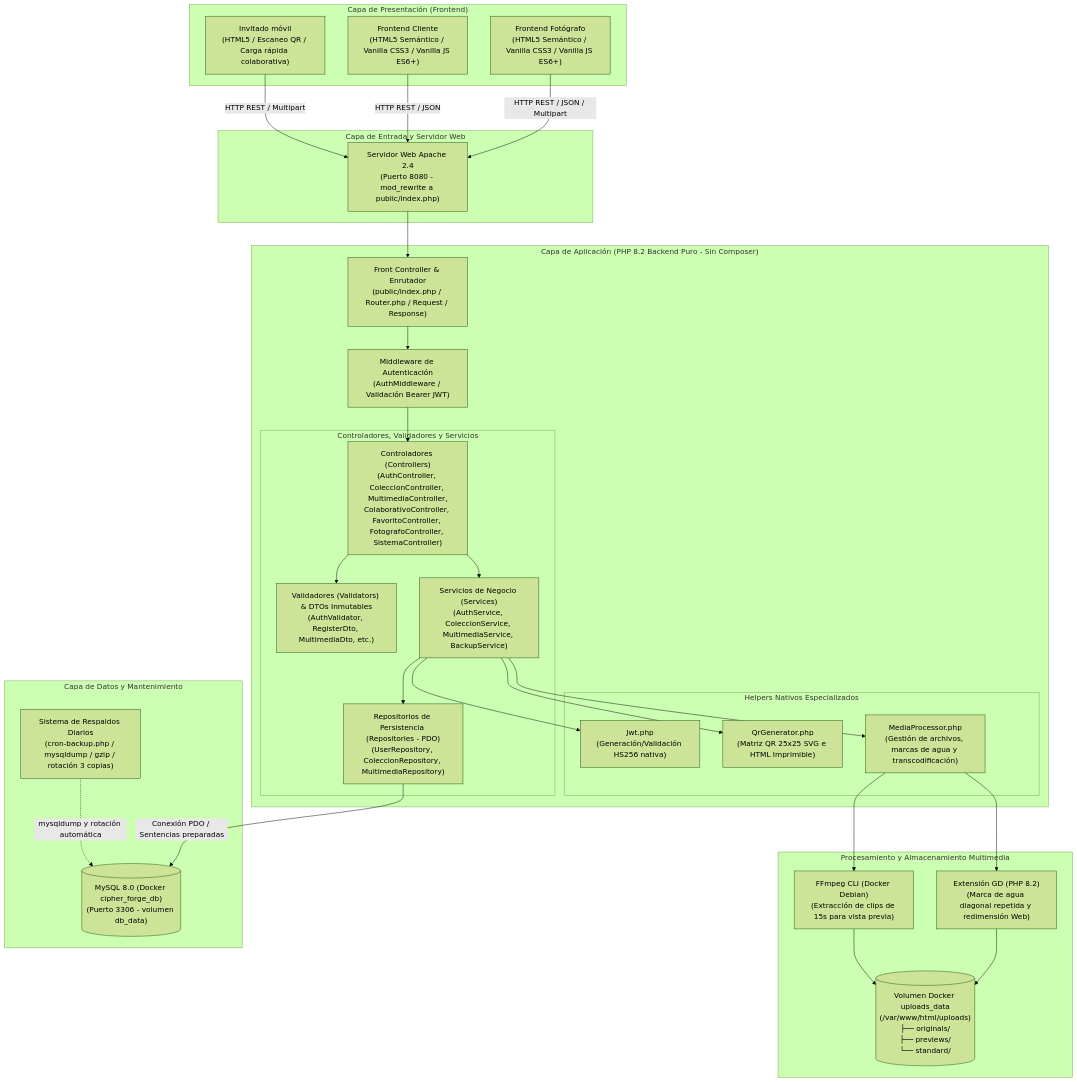
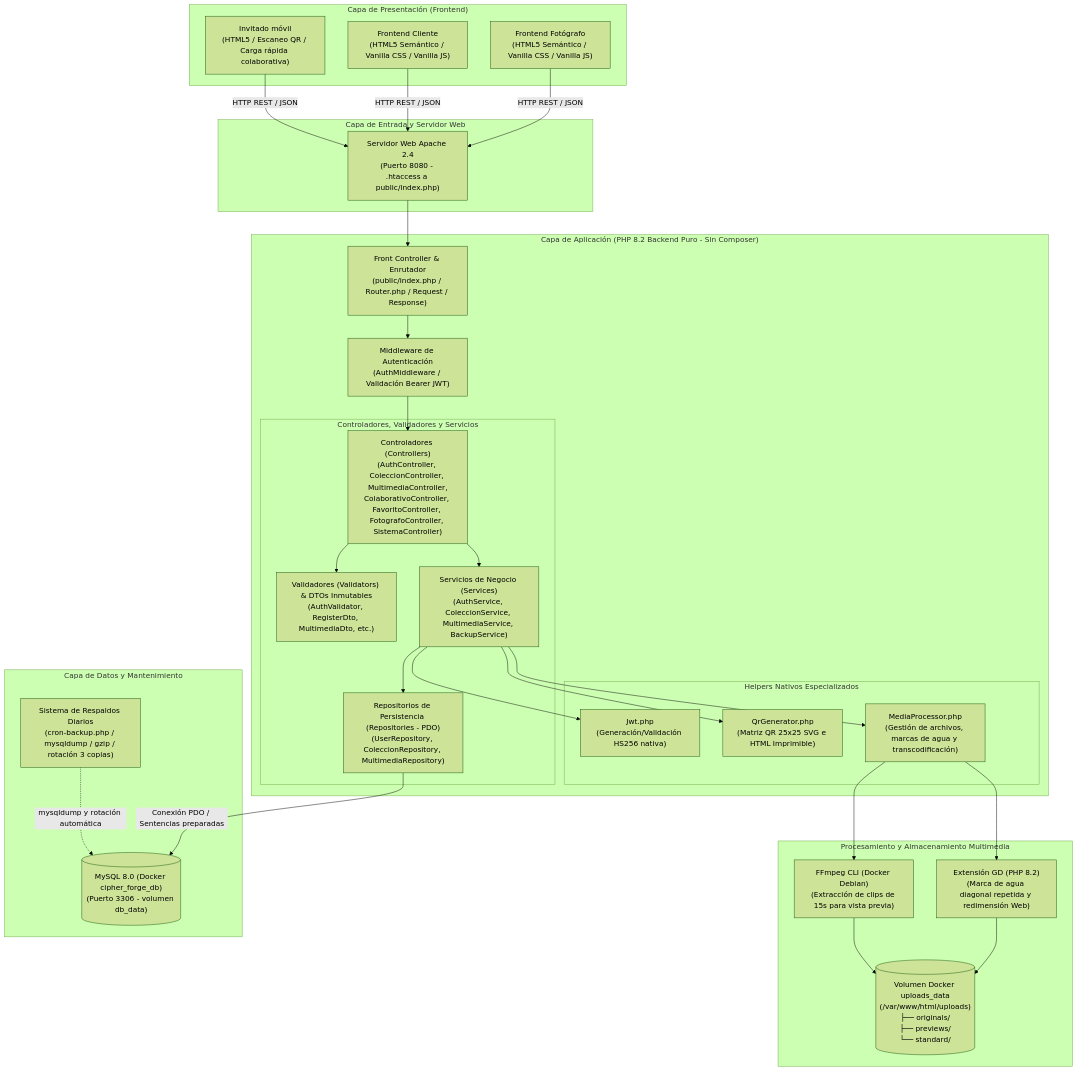
Before and after one commit to NicolasNegretto7/Cipher_Forge: the first of 4 diagrams in Gestion-fotografias/docs/02-modelado.md, drawn with Mermaid (forest theme).

Commit message:
docs: add architecture model and technical justification document for Cipher_Forge

````diff
--- a/Gestion-fotografias/docs/02-modelado.md
+++ b/Gestion-fotografias/docs/02-modelado.md
@@ -11,64 +11,64 @@
 ```mermaid
 graph TD
     subgraph Clientes ["Capa de Presentación (Frontend)"]
-        FC["Frontend Fotógrafo\n(HTML5 Semántico / Vanilla CSS3 / Vanilla JS ES6+)"]
-        FU["Frontend Cliente\n(HTML5 Semántico / Vanilla CSS3 / Vanilla JS ES6+)"]
+        FC["Frontend Fotógrafo\n(HTML5 Semántico / Vanilla CSS / Vanilla JS)"]
+        FU["Frontend Cliente\n(HTML5 Semántico / Vanilla CSS / Vanilla JS)"]
         INV["Invitado móvil\n(HTML5 / Escaneo QR / Carga rápida colaborativa)"]
     end
 
     subgraph Red ["Capa de Entrada y Servidor Web"]
-        APACHE["Servidor Web Apache 2.4\n(Puerto 8080 - mod_rewrite a public/index.php)"]
+        APACHE["Servidor Web Apache 2.4\n(Puerto 8080 - .htaccess a public/index.php)"]
     end
 
     subgraph Backend ["Capa de Aplicación (PHP 8.2 Backend Puro - Sin Composer)"]
         ROUTER["Front Controller & Enrutador\n(public/index.php / Router.php / Request / Response)"]
         AUTH_MID["Middleware de Autenticación\n(AuthMiddleware / Validación Bearer JWT)"]
         
         subgraph Modulos ["Controladores, Validadores y Servicios"]
             CTRL["Controladores (Controllers)\n(AuthController, ColeccionController, MultimediaController,\nColaborativoController, FavoritoController, FotografoController, SistemaController)"]
             VAL["Validadores (Validators) & DTOs Inmutables\n(AuthValidator, RegisterDto, MultimediaDto, etc.)"]
             SERV["Servicios de Negocio (Services)\n(AuthService, ColeccionService, MultimediaService, BackupService)"]
             REPO["Repositorios de Persistencia (Repositories - PDO)\n(UserRepository, ColeccionRepository, MultimediaRepository)"]
         end
 
         subgraph HelpersNativos ["Helpers Nativos Especializados"]
             JWT_HELP["Jwt.php\n(Generación/Validación HS256 nativa)"]
             QR_HELP["QrGenerator.php\n(Matriz QR 25x25 SVG e HTML Imprimible)"]
             MEDIA_PROC["MediaProcessor.php\n(Gestión de archivos, marcas de agua y transcodificación)"]
         end
     end
 
     subgraph Multimedia ["Procesamiento y Almacenamiento Multimedia"]
         GD["Extensión GD (PHP 8.2)\n(Marca de agua diagonal repetida y redimensión Web)"]
         FFMPEG["FFmpeg CLI (Docker Debian)\n(Extracción de clips de 15s para vista previa)"]
         FS[("Volumen Docker uploads_data\n(/var/www/html/uploads)\n├── originals/\n├── previews/\n└── standard/")]
     end
 
     subgraph Persistencia ["Capa de Datos y Mantenimiento"]
         MYSQL[("MySQL 8.0 (Docker cipher_forge_db)\n(Puerto 3306 - volumen db_data)")]
         BACKUP["Sistema de Respaldos Diarios\n(cron-backup.php / mysqldump / gzip / rotación 3 copias)"]
     end
 
-    FC -->|HTTP REST / JSON / Multipart| APACHE
+    FC -->|HTTP REST / JSON| APACHE
     FU -->|HTTP REST / JSON| APACHE
-    INV -->|HTTP REST / Multipart| APACHE
+    INV -->|HTTP REST / JSON| APACHE
     
     APACHE --> ROUTER
     ROUTER --> AUTH_MID
     AUTH_MID --> CTRL
     CTRL --> VAL
     CTRL --> SERV
     SERV --> REPO
     
     SERV --> JWT_HELP
     SERV --> QR_HELP
     SERV --> MEDIA_PROC
     
     MEDIA_PROC --> GD
     MEDIA_PROC --> FFMPEG
     
     GD --> FS
     FFMPEG --> FS
     REPO -->|Conexión PDO / Sentencias preparadas| MYSQL
     BACKUP -.->|mysqldump y rotación automática| MYSQL
 ```
````
